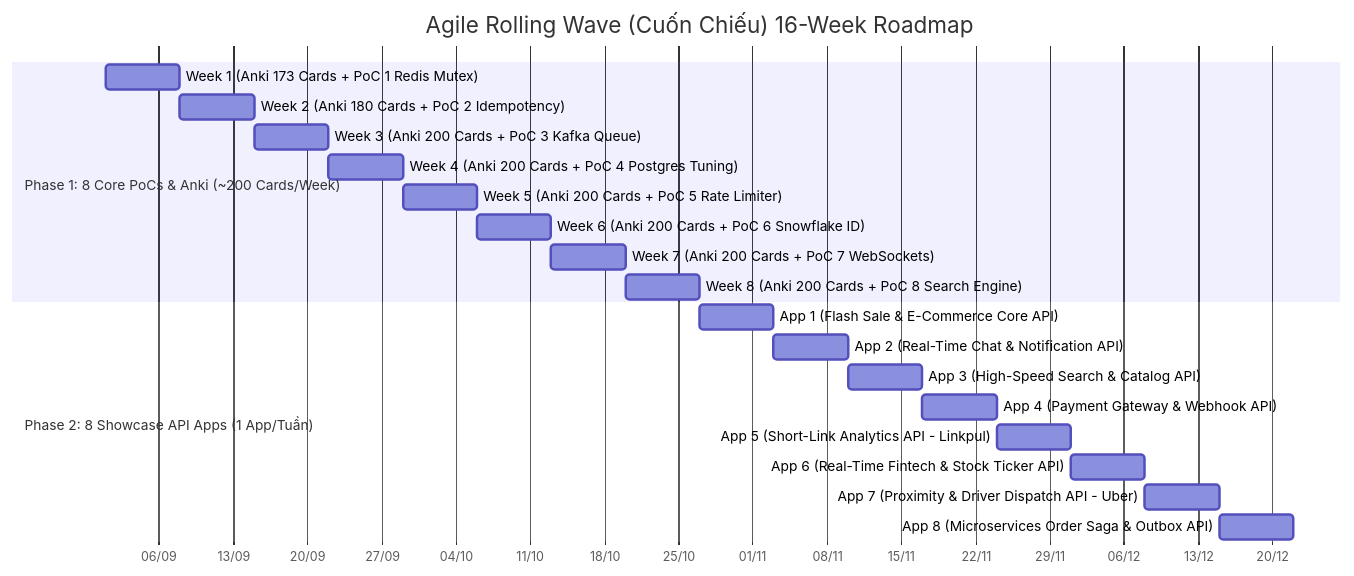
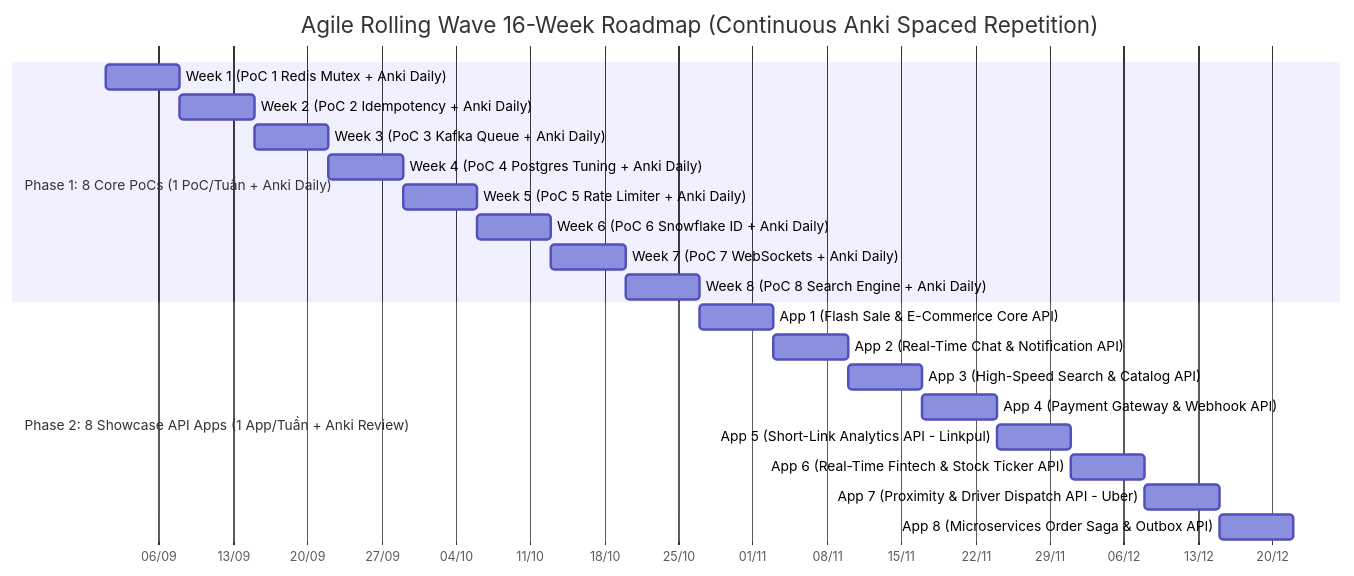
The diagram in SENIOR_ENGINEERING_ROADMAP_16WEEKS.md (khanhduong22/backend-engineering-system-design), drawn with Mermaid before and after one commit. The commit also changed other lines of this file, not shown here.

Commit message:
Feat: Spread Anki Spaced Repetition evenly across all 16 weeks

````diff
--- a/SENIOR_ENGINEERING_ROADMAP_16WEEKS.md
+++ b/SENIOR_ENGINEERING_ROADMAP_16WEEKS.md
@@ -11,26 +11,26 @@
 ```mermaid
 gantt
-    title Agile Rolling Wave (Cuốn Chiếu) 16-Week Roadmap
+    title Agile Rolling Wave 16-Week Roadmap (Continuous Anki Spaced Repetition)
     dateFormat YYYY-MM-DD
     axisFormat %d/%m
 
-    section Phase 1: 8 Core PoCs & Anki (~200 Cards/Week)
-    Week 1 (Anki 173 Cards + PoC 1 Redis Mutex)       :w1, 2026-09-01, 7d
-    Week 2 (Anki 180 Cards + PoC 2 Idempotency)       :w2, after w1, 7d
-    Week 3 (Anki 200 Cards + PoC 3 Kafka Queue)       :w3, after w2, 7d
-    Week 4 (Anki 200 Cards + PoC 4 Postgres Tuning)   :w4, after w3, 7d
-    Week 5 (Anki 200 Cards + PoC 5 Rate Limiter)       :w5, after w4, 7d
-    Week 6 (Anki 200 Cards + PoC 6 Snowflake ID)       :w6, after w5, 7d
-    Week 7 (Anki 200 Cards + PoC 7 WebSockets)        :w7, after w6, 7d
-    Week 8 (Anki 200 Cards + PoC 8 Search Engine)     :w8, after w7, 7d
+    section Phase 1: 8 Core PoCs (1 PoC/Tuần + Anki Daily)
+    Week 1 (PoC 1 Redis Mutex + Anki Daily)            :w1, 2026-09-01, 7d
+    Week 2 (PoC 2 Idempotency + Anki Daily)            :w2, after w1, 7d
+    Week 3 (PoC 3 Kafka Queue + Anki Daily)            :w3, after w2, 7d
+    Week 4 (PoC 4 Postgres Tuning + Anki Daily)        :w4, after w3, 7d
+    Week 5 (PoC 5 Rate Limiter + Anki Daily)            :w5, after w4, 7d
+    Week 6 (PoC 6 Snowflake ID + Anki Daily)            :w6, after w5, 7d
+    Week 7 (PoC 7 WebSockets + Anki Daily)             :w7, after w6, 7d
+    Week 8 (PoC 8 Search Engine + Anki Daily)          :w8, after w7, 7d
 
-    section Phase 2: 8 Showcase API Apps (1 App/Tuần)
-    App 1 (Flash Sale & E-Commerce Core API)          :a1, after w8, 7d
-    App 2 (Real-Time Chat & Notification API)         :a2, after a1, 7d
-    App 3 (High-Speed Search & Catalog API)           :a3, after a2, 7d
-    App 4 (Payment Gateway & Webhook API)             :a4, after a3, 7d
-    App 5 (Short-Link Analytics API - Linkpul)        :a5, after a4, 7d
-    App 6 (Real-Time Fintech & Stock Ticker API)      :a6, after a5, 7d
-    App 7 (Proximity & Driver Dispatch API - Uber)    :a7, after a6, 7d
-    App 8 (Microservices Order Saga & Outbox API)     :a8, after a7, 7d
+    section Phase 2: 8 Showcase API Apps (1 App/Tuần + Anki Review)
+    App 1 (Flash Sale & E-Commerce Core API)           :a1, after w8, 7d
+    App 2 (Real-Time Chat & Notification API)          :a2, after a1, 7d
+    App 3 (High-Speed Search & Catalog API)            :a3, after a2, 7d
+    App 4 (Payment Gateway & Webhook API)              :a4, after a3, 7d
+    App 5 (Short-Link Analytics API - Linkpul)         :a5, after a4, 7d
+    App 6 (Real-Time Fintech & Stock Ticker API)       :a6, after a5, 7d
+    App 7 (Proximity & Driver Dispatch API - Uber)     :a7, after a6, 7d
+    App 8 (Microservices Order Saga & Outbox API)      :a8, after a7, 7d
 ```
````
